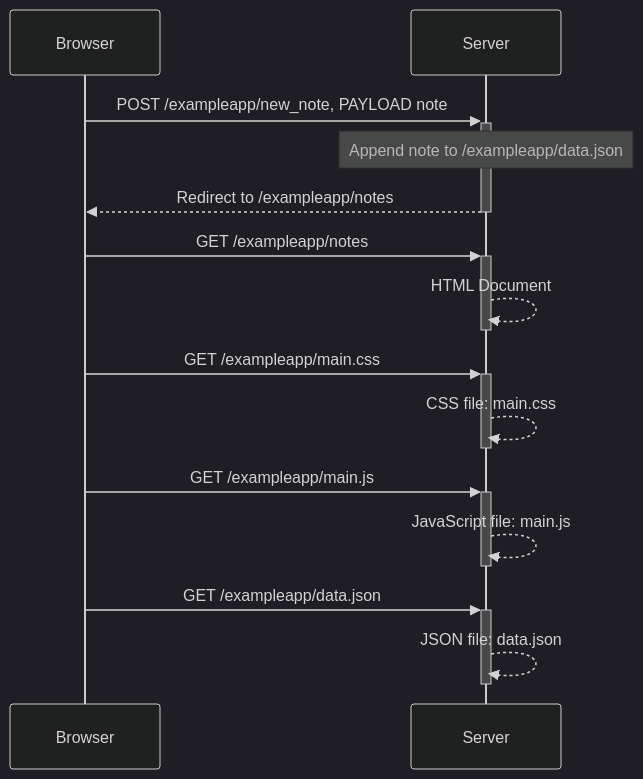
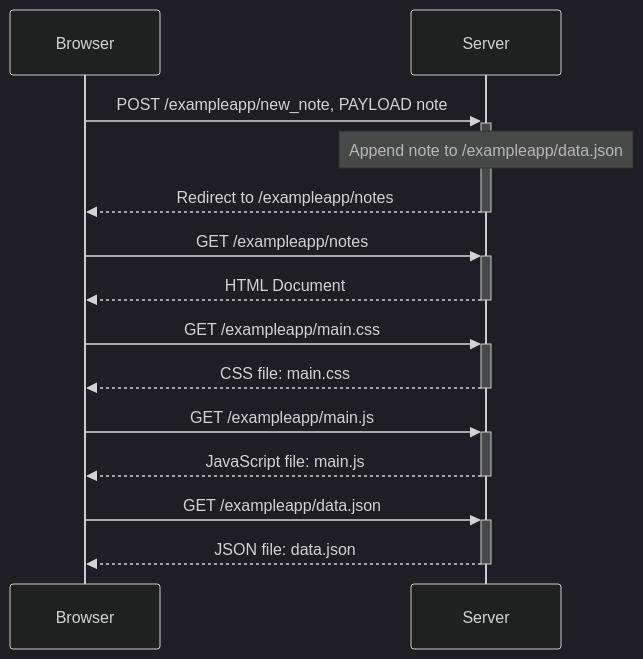
Before and after one commit to eemeli3/fullstack_tehtavat: the diagram in osa0/osa0_tehtavat.md, drawn with Mermaid (dark theme).

````diff
--- a/osa0/osa0_tehtavat.md
+++ b/osa0/osa0_tehtavat.md
@@ -1,16 +1,16 @@
 ```mermaid
 sequenceDiagram;
     participant A as Browser;
     participant B as Server;
     A->>+B: POST /exampleapp/new_note, PAYLOAD note;
     Note over B: Append note to /exampleapp/data.json
     B-->>-A: Redirect to /exampleapp/notes;
     A->>+B: GET /exampleapp/notes
-    B-->>-B: HTML Document
+    B-->>-A: HTML Document
     A->>+B: GET /exampleapp/main.css
-    B-->>-B: CSS file: main.css
+    B-->>-A: CSS file: main.css
     A->>+B: GET /exampleapp/main.js
-    B-->>-B: JavaScript file: main.js
+    B-->>-A: JavaScript file: main.js
     A->>+B: GET /exampleapp/data.json
-    B-->>-B: JSON file: data.json
+    B-->>-A: JSON file: data.json
 ```
````
